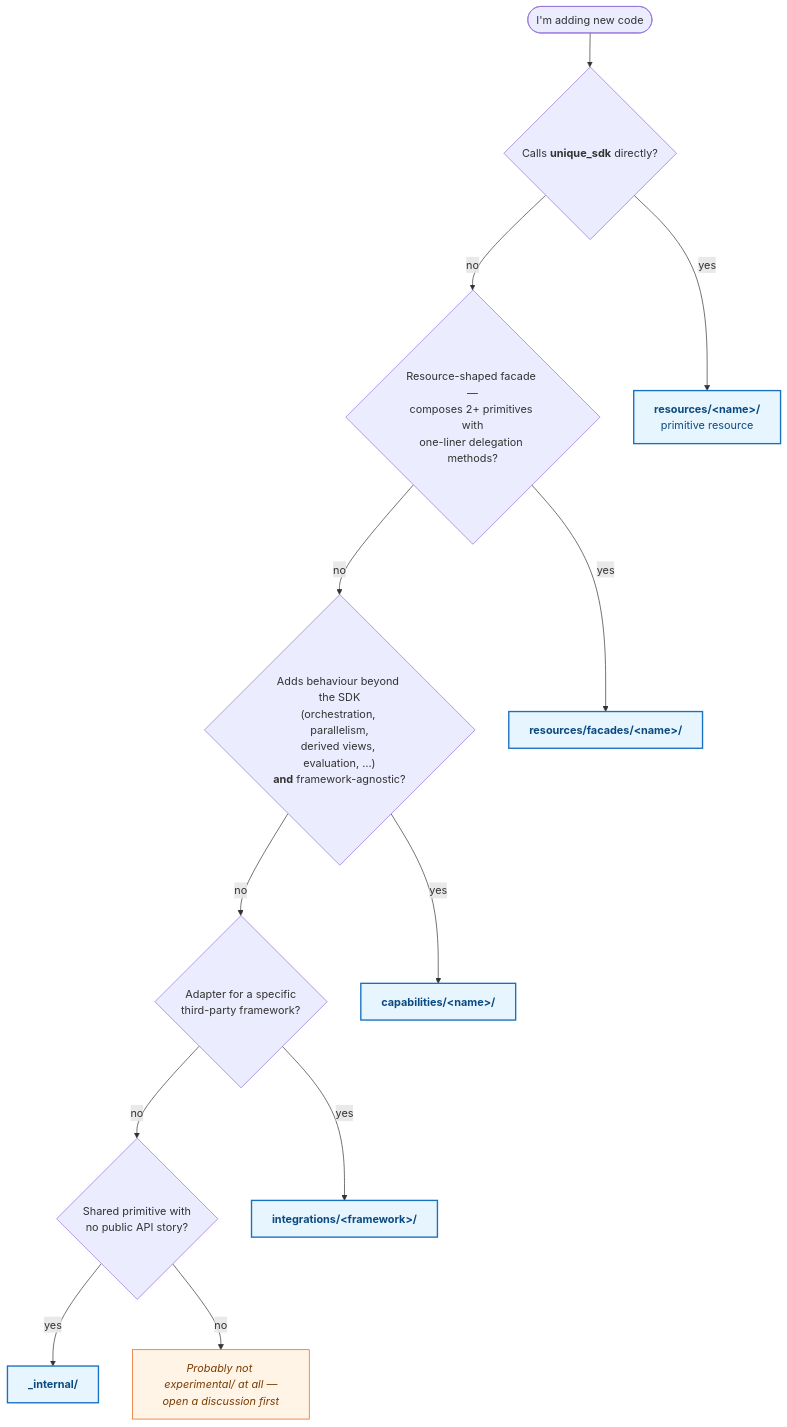
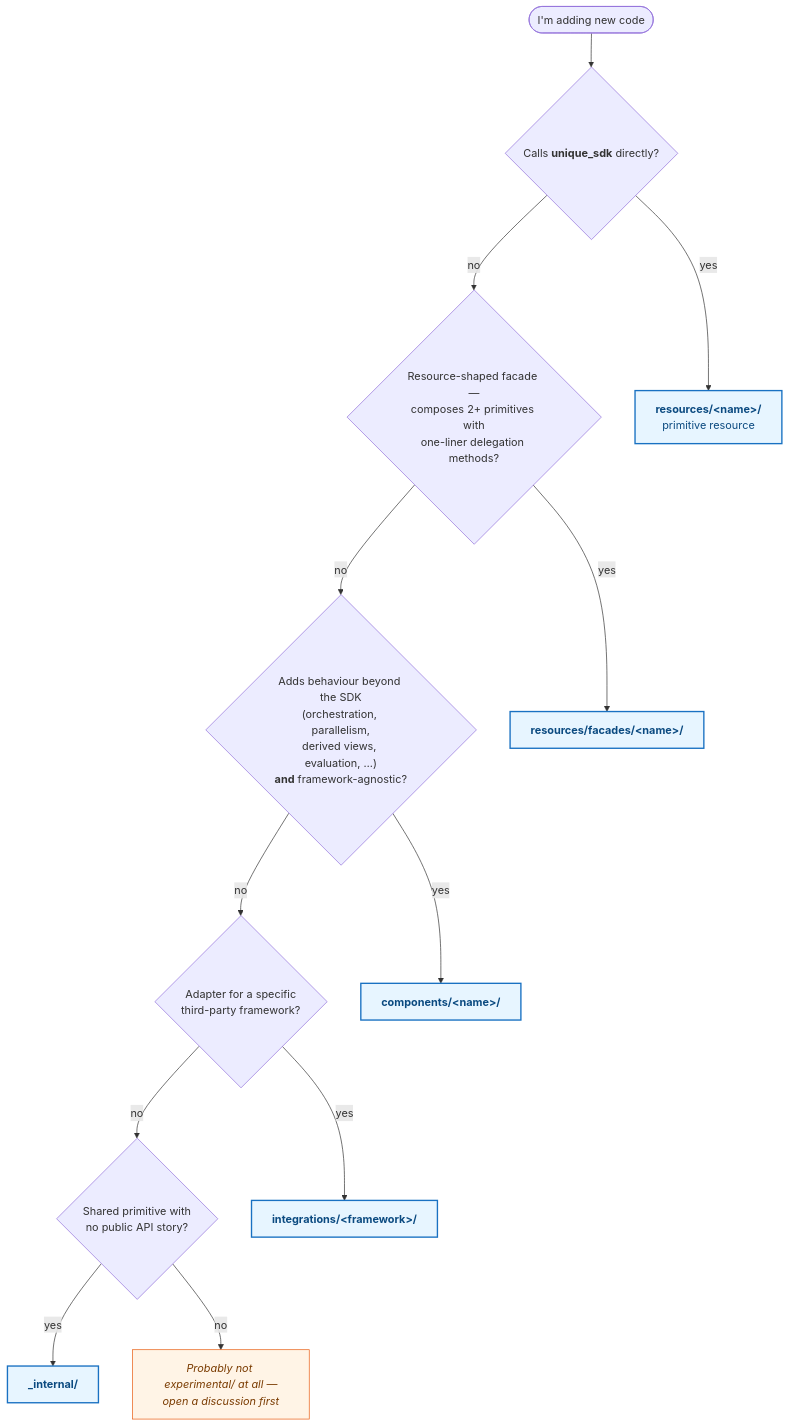
The second of 2 diagrams in unique_toolkit/unique_toolkit/experimental/README.md (Unique-AG/ai), drawn with Mermaid before and after one commit. The commit also changed other lines of this file and 13 other files, not shown here.

First line of the commit message:
refactor(toolkit): rename experimental capabilities to components

````diff
--- a/unique_toolkit/unique_toolkit/experimental/README.md
+++ b/unique_toolkit/unique_toolkit/experimental/README.md
@@ -207,33 +208,33 @@
 ```mermaid
 flowchart TD
     start(["I'm adding new code"])
     q1{"Calls <b>unique_sdk</b> directly?"}
     q2{"Resource-shaped facade —<br/>composes 2+ primitives with<br/>one-liner delegation methods?"}
     q3{"Adds behaviour beyond the SDK<br/>(orchestration, parallelism,<br/>derived views, evaluation, …)<br/><b>and</b> framework-agnostic?"}
     q4{"Adapter for a specific<br/>third-party framework?"}
     q5{"Shared primitive with<br/>no public API story?"}
 
     primitive["<b>resources/&lt;name&gt;/</b><br/>primitive resource"]
     facade["<b>resources/facades/&lt;name&gt;/</b>"]
-    capability["<b>capabilities/&lt;name&gt;/</b>"]
+    component["<b>components/&lt;name&gt;/</b>"]
     integration["<b>integrations/&lt;framework&gt;/</b>"]
     internal["<b>_internal/</b>"]
     discuss["<i>Probably not experimental/ at all —<br/>open a discussion first</i>"]
 
     start --> q1
     q1 -- yes --> primitive
     q1 -- no --> q2
     q2 -- yes --> facade
     q2 -- no --> q3
-    q3 -- yes --> capability
+    q3 -- yes --> component
     q3 -- no --> q4
     q4 -- yes --> integration
     q4 -- no --> q5
     q5 -- yes --> internal
     q5 -- no --> discuss
 
     classDef target fill:#e7f5ff,stroke:#1971c2,stroke-width:2px,color:#0b4a80
     classDef escape fill:#fff4e6,stroke:#e8590c,color:#7a3b00
-    class primitive,facade,capability,integration,internal target
+    class primitive,facade,component,integration,internal target
     class discuss escape
 ```
````
